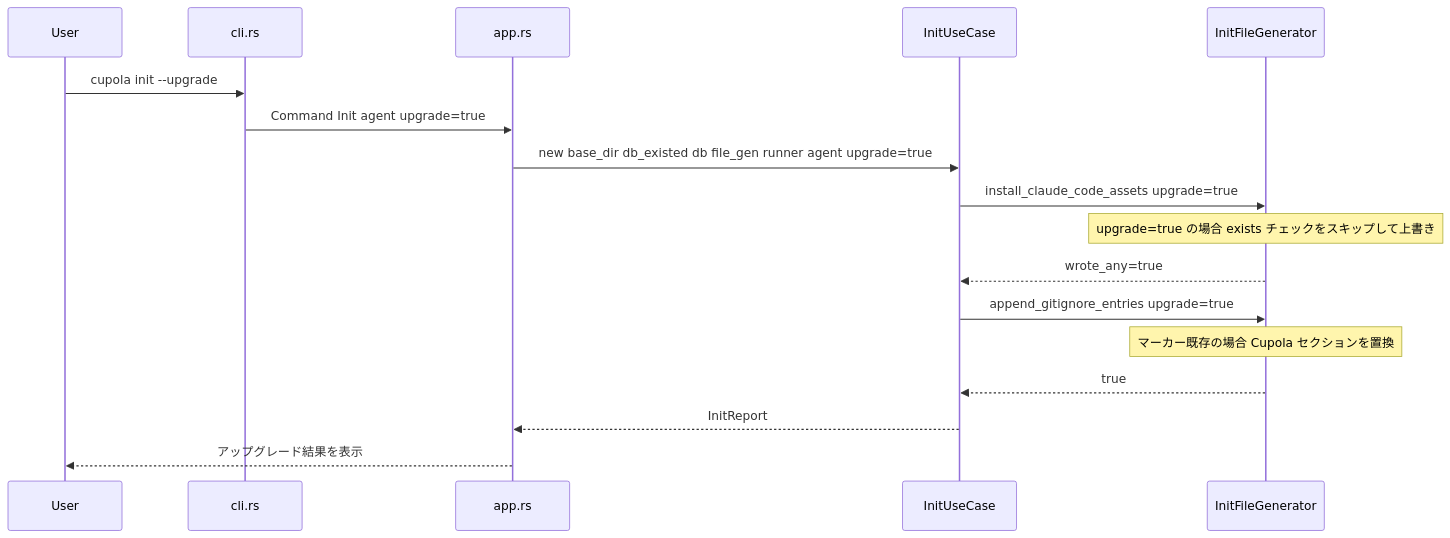
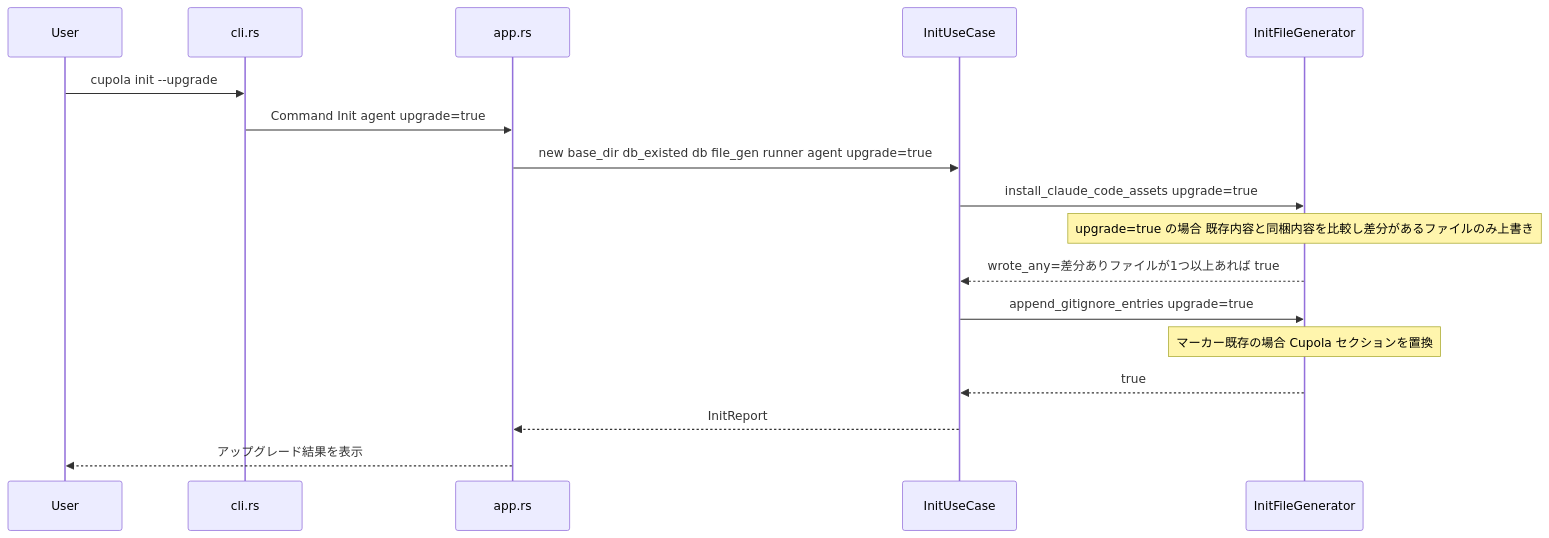
Before and after one commit to kyuki3rain/cupola: the second of 2 diagrams in .cupola/specs/issue-199/design.md, drawn with Mermaid. The commit also changed other lines of this file and 2 other files, not shown here.

````diff
--- a/.cupola/specs/issue-199/design.md
+++ b/.cupola/specs/issue-199/design.md
@@ -81,20 +81,20 @@
 ```mermaid
 sequenceDiagram
     participant User
     participant CLI as cli.rs
     participant App as app.rs
     participant UC as InitUseCase
     participant IFG as InitFileGenerator
 
     User->>CLI: cupola init --upgrade
     CLI->>App: Command Init agent upgrade=true
     App->>UC: new base_dir db_existed db file_gen runner agent upgrade=true
     UC->>IFG: install_claude_code_assets upgrade=true
-    Note over IFG: upgrade=true の場合 exists チェックをスキップして上書き
-    IFG-->>UC: wrote_any=true
+    Note over IFG: upgrade=true の場合 既存内容と同梱内容を比較し差分があるファイルのみ上書き
+    IFG-->>UC: wrote_any=差分ありファイルが1つ以上あれば true
     UC->>IFG: append_gitignore_entries upgrade=true
     Note over IFG: マーカー既存の場合 Cupola セクションを置換
     IFG-->>UC: true
     UC-->>App: InitReport
     App-->>User: アップグレード結果を表示
 ```
````
